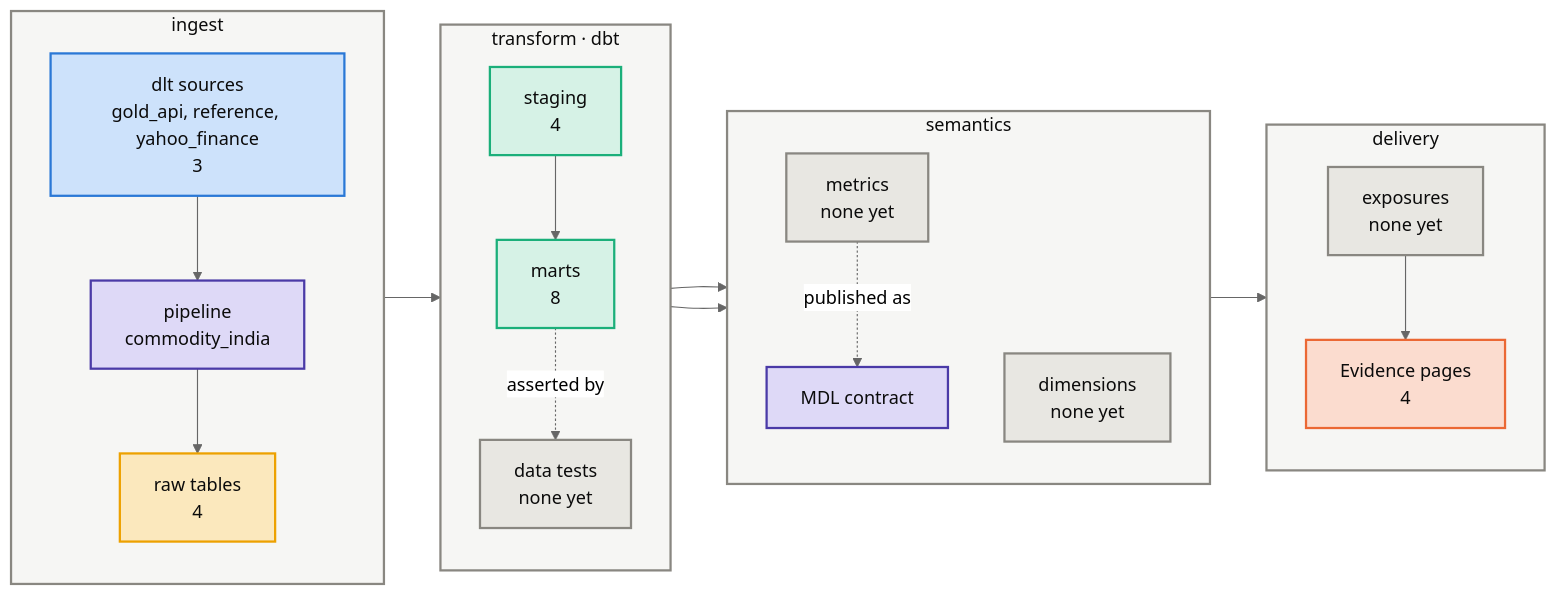
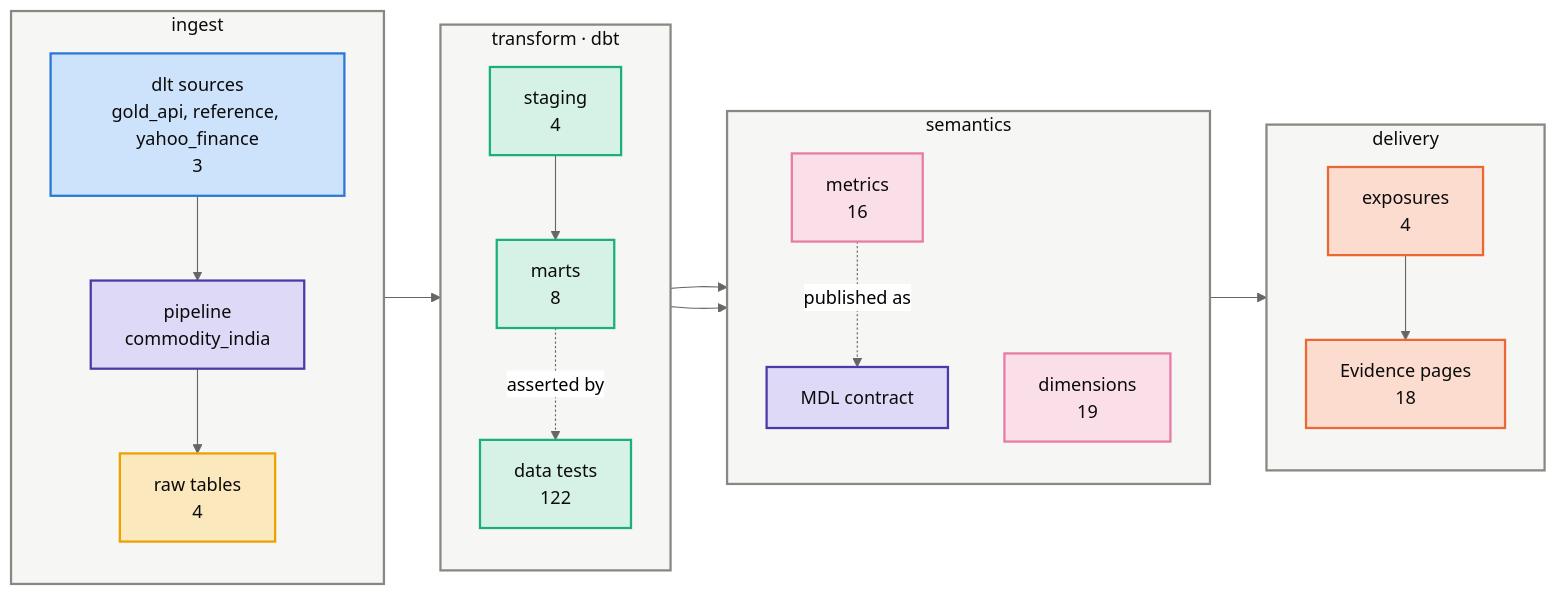
The first of 3 diagrams in groups/commodity/projects/commodity-india/kg/architecture.md (Atomz-org/data-platform), drawn with Mermaid (neutral theme) before and after one commit. The commit also changed other lines of this file and 8 other files, not shown here.

First line of the commit message:
Regenerate the nine maps from a graph that was actually built

````diff
--- a/groups/commodity/projects/commodity-india/kg/architecture.md
+++ b/groups/commodity/projects/commodity-india/kg/architecture.md
@@ -10,41 +10,41 @@
 ```mermaid
 flowchart LR
     subgraph LI["ingest"]
         direction TB
         I1["dlt sources<br/>gold_api, reference, yahoo_finance<br/>3"]:::ingress
         I2["pipeline<br/>commodity_india"]:::platform
         I3["raw tables<br/>4"]:::raw
     end
     subgraph LT["transform · dbt"]
         direction TB
         T1["staging<br/>4"]:::model
         T2["marts<br/>8"]:::model
-        T3["data tests<br/>none yet"]:::neutral
+        T3["data tests<br/>122"]:::model
     end
     subgraph LS["semantics"]
         direction TB
-        S1["metrics<br/>none yet"]:::neutral
-        S2["dimensions<br/>none yet"]:::neutral
+        S1["metrics<br/>16"]:::metric
+        S2["dimensions<br/>19"]:::metric
         S3["MDL contract"]:::platform
     end
     subgraph LD["delivery"]
         direction TB
-        D1["exposures<br/>none yet"]:::neutral
-        D2["Evidence pages<br/>4"]:::exposure
+        D1["exposures<br/>4"]:::exposure
+        D2["Evidence pages<br/>18"]:::exposure
     end
     I1 --> I2 --> I3 --> T1 --> T2
     T2 --> S1 --> D1 --> D2
     T2 --> S2
     S1 -.published as.-> S3
     T2 -.asserted by.-> T3
     classDef ingress fill:#cde2fb,stroke:#2a78d6,stroke-width:2px,color:#0b0b0b
     classDef platform fill:#ded9f7,stroke:#4a3aa7,stroke-width:2px,color:#0b0b0b
     classDef raw fill:#fbe8bd,stroke:#eda100,stroke-width:2px,color:#0b0b0b
     classDef model fill:#d6f2e6,stroke:#1baf7a,stroke-width:2px,color:#0b0b0b
     classDef metric fill:#fadfe8,stroke:#e87ba4,stroke-width:2px,color:#0b0b0b
     classDef exposure fill:#fbdccf,stroke:#eb6834,stroke-width:2px,color:#0b0b0b
     classDef neutral fill:#e8e7e2,stroke:#898781,stroke-width:2px,color:#0b0b0b
     classDef project fill:#e3eefc,stroke:#2a78d6,stroke-width:2px,color:#0b0b0b
     classDef lane fill:#f6f6f4,stroke:#898781,stroke-width:2px,color:#0b0b0b
     class LI,LT,LS,LD lane
 ```
````
